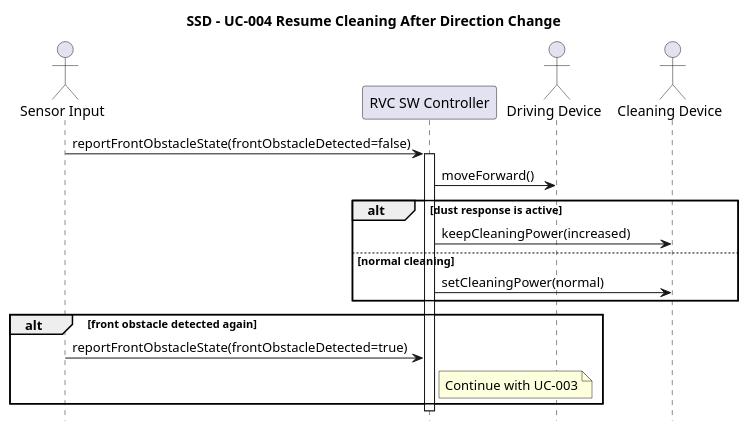
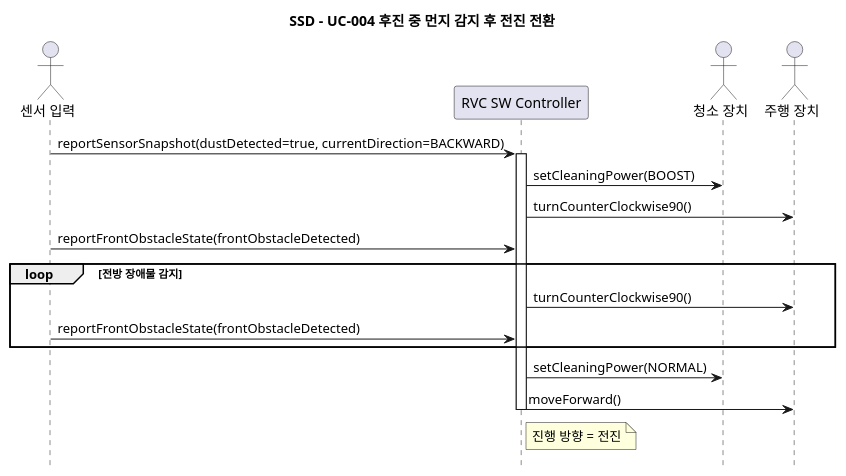
Before and after one commit to OOAD-Team3/Robot-Vacuum-Cleaner-AI: the diagram in docs/ssd/UC-004.puml, drawn with PlantUML. The commit also changed 24 other files, not shown here.

```diff
--- a/docs/ssd/UC-004.puml
+++ b/docs/ssd/UC-004.puml
@@ -1,25 +1,27 @@
-@startuml SSD_UC004_Resume_After_Turn
+@startuml SSD_UC004_Backward_Dust_To_Forward
 hide footbox
-title SSD - UC-004 Resume Cleaning After Direction Change
+title SSD - UC-004 후진 중 먼지 감지 후 전진 전환
 
-actor "Sensor Input" as Sensor
+actor "센서 입력" as Sensor
 participant "RVC SW Controller" as System
-actor "Driving Device" as Drive
-actor "Cleaning Device" as Cleaner
+actor "청소 장치" as Cleaner
+actor "주행 장치" as Drive
 
-Sensor -> System: reportFrontObstacleState(frontObstacleDetected=false)
+Sensor -> System: reportSensorSnapshot(dustDetected=true, currentDirection=BACKWARD)
 activate System
-System -> Drive: moveForward()
+System -> Cleaner: setCleaningPower(BOOST)
+System -> Drive: turnCounterClockwise90()
 
-alt dust response is active
-    System -> Cleaner: keepCleaningPower(increased)
-else normal cleaning
-    System -> Cleaner: setCleaningPower(normal)
+Sensor -> System: reportFrontObstacleState(frontObstacleDetected)
+
+loop 전방 장애물 감지
+    System -> Drive: turnCounterClockwise90()
+    Sensor -> System: reportFrontObstacleState(frontObstacleDetected)
 end
 
-alt front obstacle detected again
-    Sensor -> System: reportFrontObstacleState(frontObstacleDetected=true)
-    note right of System: Continue with UC-003
-end
+System -> Cleaner: setCleaningPower(NORMAL)
+System -> Drive: moveForward()
+note right of System: 진행 방향 = 전진
+
 deactivate System
 @enduml
```
